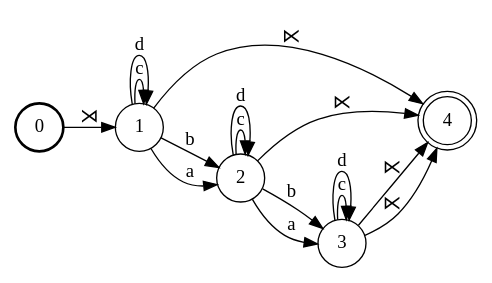
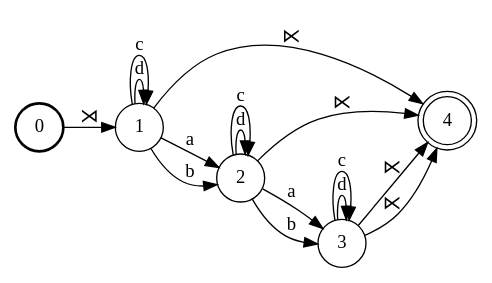
Before and after one commit to colincwilson/wynini: the diagram in demo/T.dot, drawn with Graphviz. The commit also changed other lines of this file and 10 other files, not shown here.

```diff
--- a/demo/T.dot
+++ b/demo/T.dot
@@ -1,28 +1,28 @@
 digraph FST {
 rankdir = LR;
 size = "8.5,11";
 center = 1;
 orientation = Portrait;
 ranksep = "0.4";
 nodesep = "0.25";
 0 [label = "0", shape = circle, style = bold, fontsize = 14]
 	0 -> 1 [label = "⋊", fontsize = 14];
 1 [label = "1", shape = circle, style = solid, fontsize = 14]
 	1 -> 4 [label = "⋉", fontsize = 14];
+	1 -> 1 [label = "d", fontsize = 14];
 	1 -> 1 [label = "c", fontsize = 14];
-	1 -> 1 [label = "d", fontsize = 14];
+	1 -> 2 [label = "a", fontsize = 14];
 	1 -> 2 [label = "b", fontsize = 14];
-	1 -> 2 [label = "a", fontsize = 14];
 2 [label = "2", shape = circle, style = solid, fontsize = 14]
+	2 -> 2 [label = "d", fontsize = 14];
 	2 -> 2 [label = "c", fontsize = 14];
-	2 -> 2 [label = "d", fontsize = 14];
 	2 -> 4 [label = "⋉", fontsize = 14];
+	2 -> 3 [label = "a", fontsize = 14];
 	2 -> 3 [label = "b", fontsize = 14];
-	2 -> 3 [label = "a", fontsize = 14];
 3 [label = "3", shape = circle, style = solid, fontsize = 14]
+	3 -> 3 [label = "d", fontsize = 14];
 	3 -> 3 [label = "c", fontsize = 14];
-	3 -> 3 [label = "d", fontsize = 14];
 	3 -> 4 [label = "⋉", fontsize = 14];
 	3 -> 4 [label = "⋉", fontsize = 14];
 4 [label = "4", shape = doublecircle, style = solid, fontsize = 14]
 }
```
